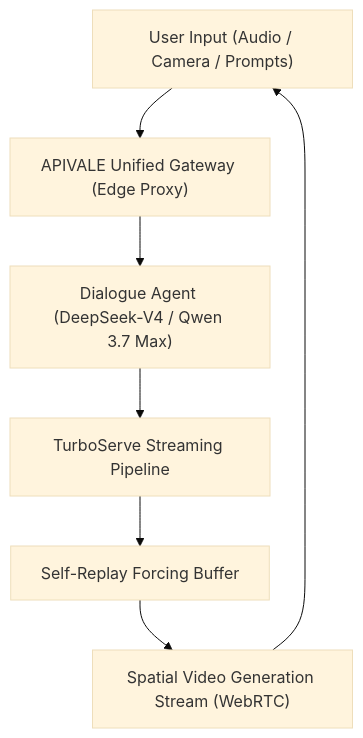
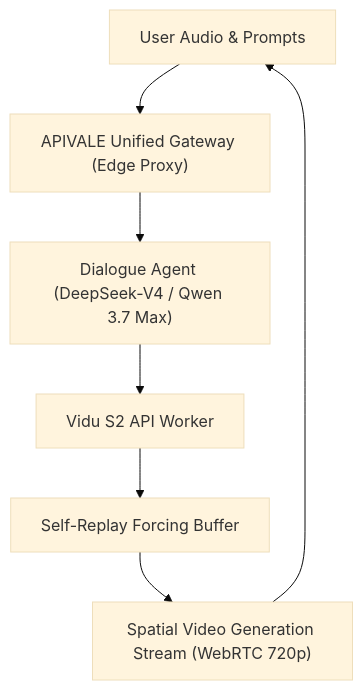
The diagram in src/content/blog/vidu-s2-architecture-api-guide.md (bshx2024/apivel_blog), drawn with Mermaid (base theme) before and after one commit. The commit also changed other lines of this file and 2 other files, not shown here.

Commit message:
feat(seo): dominate 3-word density (vidu s2 api #1), inject inbound link from top traffic post (ox-alpha), achieve bidirectional multimodal mesh

````diff
--- a/src/content/blog/vidu-s2-architecture-api-guide.md
+++ b/src/content/blog/vidu-s2-architecture-api-guide.md
@@ -47,9 +47,9 @@
 ```mermaid
 graph TD
-    Client["User Input (Audio / Camera / Prompts)"] --> Gateway["APIVALE Unified Gateway (Edge Proxy)"]
+    Client["User Audio & Prompts"] --> Gateway["APIVALE Unified Gateway (Edge Proxy)"]
     Gateway --> Orchestrator["Dialogue Agent (DeepSeek-V4 / Qwen 3.7 Max)"]
-    Orchestrator --> ViduWorker["TurboServe Streaming Pipeline"]
+    Orchestrator --> ViduWorker["Vidu S2 API Worker"]
     ViduWorker --> SRF["Self-Replay Forcing Buffer"]
-    SRF --> Renderer["Spatial Video Generation Stream (WebRTC)"]
+    SRF --> Renderer["Spatial Video Generation Stream (WebRTC 720p)"]
     Renderer --> Client
 ```
````
